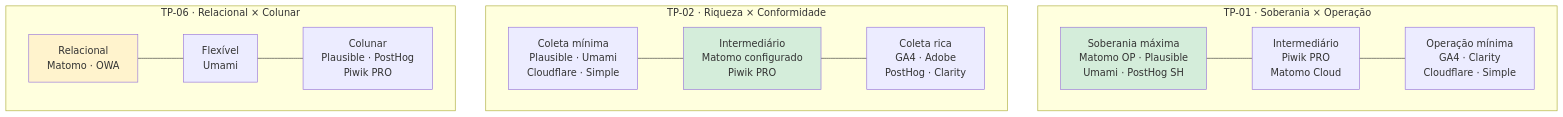
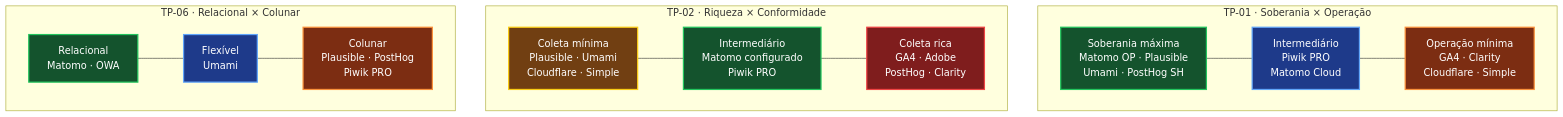
Before and after one commit to fabioramos-02/tradeoff-analytics: the third of 3 diagrams in docs/06-tradeoffs.md, drawn with Mermaid. The commit also changed other lines of this file and 14 other files, not shown here.

````diff
--- a/docs/06-tradeoffs.md
+++ b/docs/06-tradeoffs.md
@@ -716,21 +721,32 @@
 ```mermaid
 flowchart TB
     subgraph TP1["TP-01 · Soberania × Operação"]
         direction LR
         S1["Soberania máxima<br/>Matomo OP · Plausible<br/>Umami · PostHog SH"] --- S2["Intermediário<br/>Piwik PRO<br/>Matomo Cloud"] --- S3["Operação mínima<br/>GA4 · Clarity<br/>Cloudflare · Simple"]
     end
 
     subgraph TP2["TP-02 · Riqueza × Conformidade"]
         direction LR
         R1["Coleta mínima<br/>Plausible · Umami<br/>Cloudflare · Simple"] --- R2["Intermediário<br/>Matomo configurado<br/>Piwik PRO"] --- R3["Coleta rica<br/>GA4 · Adobe<br/>PostHog · Clarity"]
     end
 
     subgraph TP6["TP-06 · Relacional × Colunar"]
         direction LR
         B1["Relacional<br/>Matomo · OWA"] --- B2["Flexível<br/>Umami"] --- B3["Colunar<br/>Plausible · PostHog<br/>Piwik PRO"]
     end
 
-    style S1 fill:#d4edda
-    style R2 fill:#d4edda
-    style B1 fill:#fff3cd
+    %% TP-01
+    style S1 fill:#14532D,stroke:#22C55E,stroke-width:2px,color:#FFFFFF
+    style S2 fill:#1E3A8A,stroke:#60A5FA,stroke-width:2px,color:#FFFFFF
+    style S3 fill:#7C2D12,stroke:#FB923C,stroke-width:2px,color:#FFFFFF
+
+    %% TP-02
+    style R1 fill:#713F12,stroke:#FACC15,stroke-width:2px,color:#FFFFFF
+    style R2 fill:#14532D,stroke:#22C55E,stroke-width:2px,color:#FFFFFF
+    style R3 fill:#7F1D1D,stroke:#EF4444,stroke-width:2px,color:#FFFFFF
+
+    %% TP-06
+    style B1 fill:#14532D,stroke:#22C55E,stroke-width:2px,color:#FFFFFF
+    style B2 fill:#1E3A8A,stroke:#60A5FA,stroke-width:2px,color:#FFFFFF
+    style B3 fill:#7C2D12,stroke:#FB923C,stroke-width:2px,color:#FFFFFF
 ```
````
